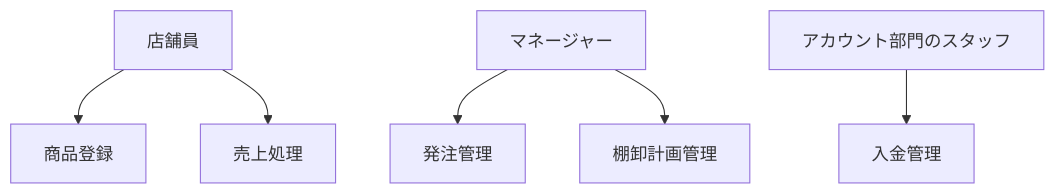
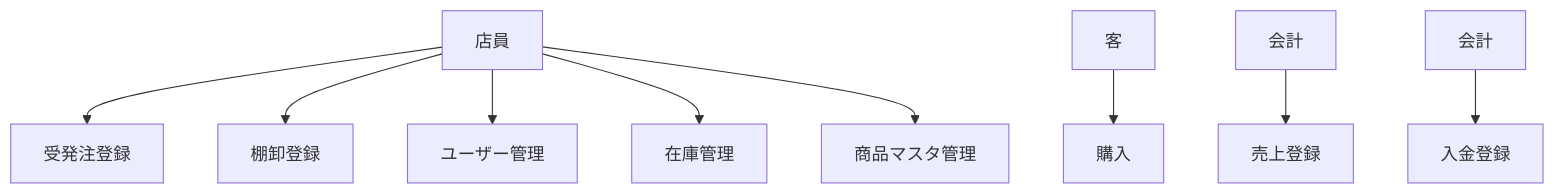
One commit to mkuwan/autogenProject changed the first of 9 diagrams in documents/sample.md. Above: the diagram before and after it, drawn with Mermaid. The commit also changed other lines of this file and 3 other files, not shown here.

````diff
--- a/documents/sample.md
+++ b/documents/sample.md
@@ -69,8 +38,11 @@
 ```mermaid
 graph TD;
-    A[店舗員] --> B[商品登録];
-    A --> C[売上処理];
-    D[マネージャー] --> E[発注管理];
-    D --> F[棚卸計画管理];
-    G[アカウント部門のスタッフ] --> H[入金管理];
+    A[店員] --> B[受発注登録];
+    A --> C[棚卸登録];
+    D[客] --> E[購入];
+    F[会計] --> G[売上登録];
+    H[会計] --> I[入金登録];
+    A --> J[ユーザー管理];
+    A --> K[在庫管理];
+    A --> L[商品マスタ管理];
 ```
````
